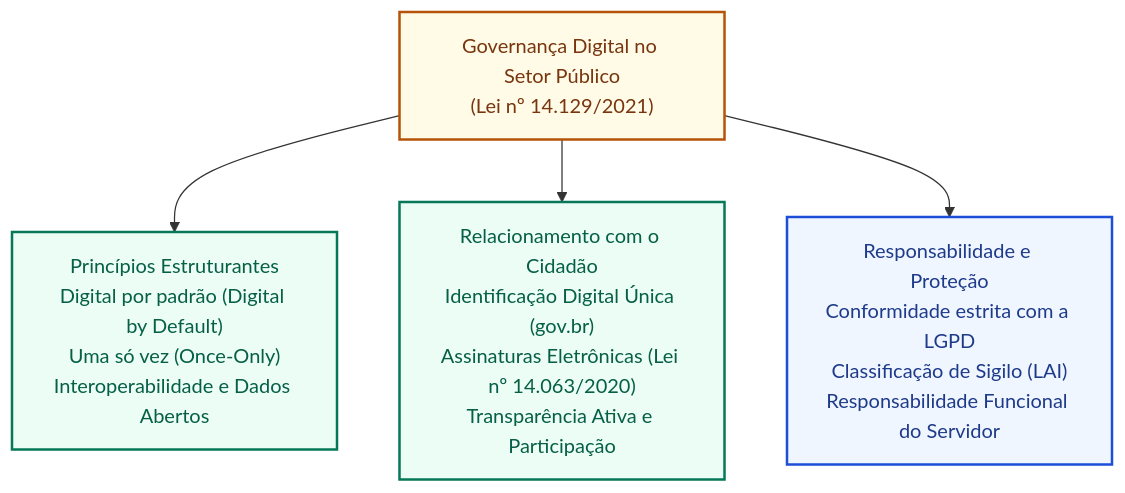
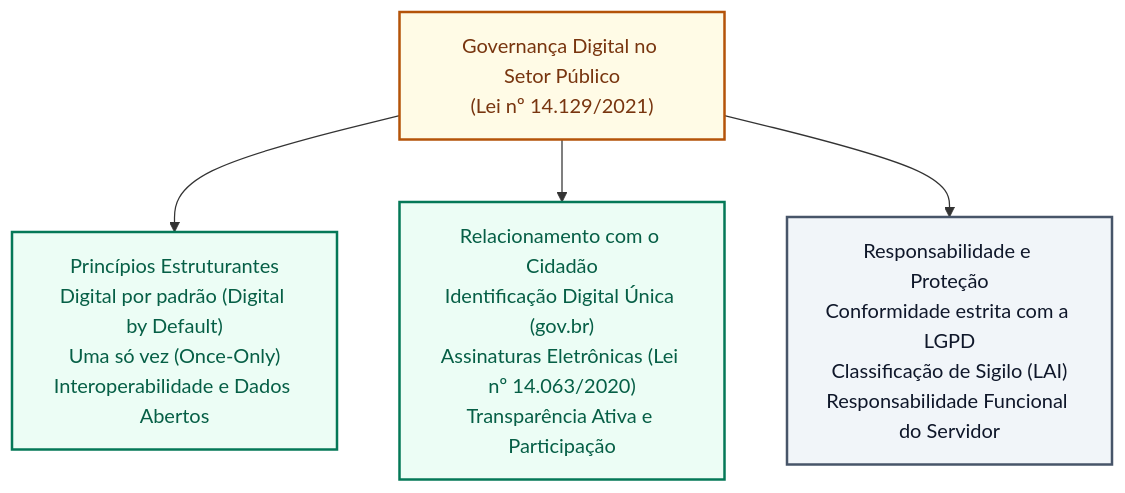
Before and after one commit to leorruas/concursos: the first of 2 diagrams in 3 - Materias/Informatica/17 - governanca digital e responsabilidade no servico publico.md, drawn with Mermaid.

Commit message:
style(camara-ti): substituir fallback azul de Mermaid por neutro acessivel 17

````diff
--- a/3 - Materias/Informatica/17 - governanca digital e responsabilidade no servico publico.md
+++ b/3 - Materias/Informatica/17 - governanca digital e responsabilidade no servico publico.md
@@ -21,12 +21,12 @@
 ```mermaid
 flowchart TD
     classDef marco fill:#fffbe6,stroke:#b45309,stroke-width:2px,color:#78350f;
     classDef pilar fill:#ecfdf5,stroke:#047857,stroke-width:2px,color:#065f46;
-    classDef resp fill:#eff6ff,stroke:#1d4ed8,stroke-width:2px,color:#1e3a8a;
+    classDef resp fill:#f1f5f9,stroke:#475569,stroke-width:2px,color:#0f172a;
 
     GD["Governança Digital no Setor Público<br>(Lei nº 14.129/2021)"]:::marco
 
     GD --> P1["Princípios Estruturantes<br>Digital por padrão (Digital by Default)<br>Uma só vez (Once-Only)<br>Interoperabilidade e Dados Abertos"]:::pilar
     GD --> P2["Relacionamento com o Cidadão<br>Identificação Digital Única (gov.br)<br>Assinaturas Eletrônicas (Lei nº 14.063/2020)<br>Transparência Ativa e Participação"]:::pilar
     GD --> P3["Responsabilidade e Proteção<br>Conformidade estrita com a LGPD<br>Classificação de Sigilo (LAI)<br>Responsabilidade Funcional do Servidor"]:::resp
 ```
````
